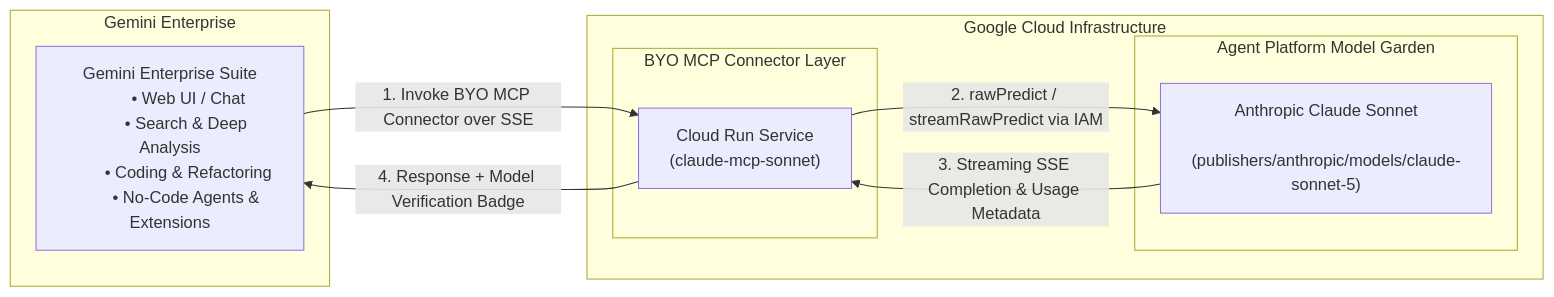
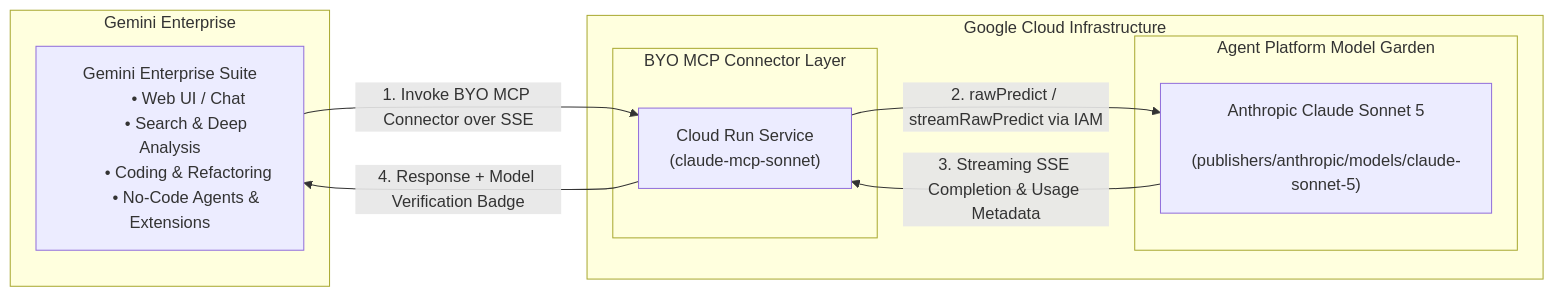
Before and after one commit to peterfishergcp/gps-ai-hub: the diagram in projects/ge_mcp/claude_mcp_sonnet/README.md, drawn with Mermaid. The commit also changed other lines of this file, not shown here.

Commit message:
docs: standardize all references to Claude Sonnet 5 (claude-sonnet-5) in Model Garden

````diff
--- a/projects/ge_mcp/claude_mcp_sonnet/README.md
+++ b/projects/ge_mcp/claude_mcp_sonnet/README.md
@@ -19,27 +19,27 @@
 ```mermaid
 flowchart LR
     subgraph GE["Gemini Enterprise"]
         GEBox["Gemini Enterprise Suite
         • Web UI / Chat
         • Search & Deep Analysis
         • Coding & Refactoring
         • No-Code Agents & Extensions"]
     end
 
     subgraph GCP["Google Cloud Infrastructure"]
         subgraph BYO["BYO MCP Connector Layer"]
             CloudRun["Cloud Run Service
             (claude-mcp-sonnet)"]
         end
 
         subgraph ModelGarden["Agent Platform Model Garden"]
-            ClaudeModel["Anthropic Claude Sonnet
+            ClaudeModel["Anthropic Claude Sonnet 5
             (publishers/anthropic/models/claude-sonnet-5)"]
         end
     end
 
     GEBox -->|1. Invoke BYO MCP Connector over SSE| CloudRun
     CloudRun -->|2. rawPredict / streamRawPredict via IAM| ClaudeModel
     ClaudeModel -->|3. Streaming SSE Completion & Usage Metadata| CloudRun
     CloudRun -->|4. Response + Model Verification Badge| GEBox
 ```
````
